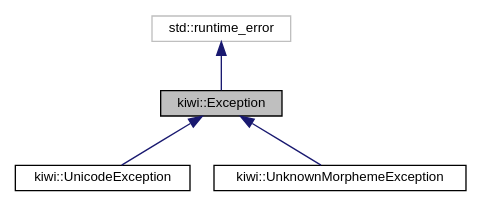
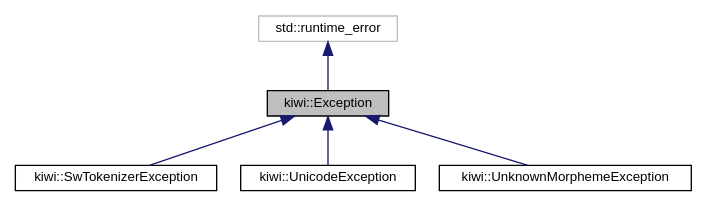
One commit to bab2min/Kiwi changed the diagram in classkiwi_1_1Exception__inherit__graph.dot. Above: the diagram before and after it, drawn with Graphviz. The commit also changed 104 other files, not shown here.

```diff
--- a/classkiwi_1_1Exception__inherit__graph.dot
+++ b/classkiwi_1_1Exception__inherit__graph.dot
@@ -1,13 +1,15 @@
 digraph "kiwi::Exception"
 {
  // LATEX_PDF_SIZE
   edge [fontname="Helvetica",fontsize="10",labelfontname="Helvetica",labelfontsize="10"];
   node [fontname="Helvetica",fontsize="10",shape=record];
   Node1 [label="kiwi::Exception",height=0.2,width=0.4,color="black", fillcolor="grey75", style="filled", fontcolor="black",tooltip=" "];
   Node2 -> Node1 [dir="back",color="midnightblue",fontsize="10",style="solid",fontname="Helvetica"];
   Node2 [label="std::runtime_error",height=0.2,width=0.4,color="grey75", fillcolor="white", style="filled",tooltip=" "];
   Node1 -> Node3 [dir="back",color="midnightblue",fontsize="10",style="solid",fontname="Helvetica"];
-  Node3 [label="kiwi::UnicodeException",height=0.2,width=0.4,color="black", fillcolor="white", style="filled",URL="$classkiwi_1_1UnicodeException.html",tooltip=" "];
+  Node3 [label="kiwi::SwTokenizerException",height=0.2,width=0.4,color="black", fillcolor="white", style="filled",URL="$classkiwi_1_1SwTokenizerException.html",tooltip=" "];
   Node1 -> Node4 [dir="back",color="midnightblue",fontsize="10",style="solid",fontname="Helvetica"];
-  Node4 [label="kiwi::UnknownMorphemeException",height=0.2,width=0.4,color="black", fillcolor="white", style="filled",URL="$classkiwi_1_1UnknownMorphemeException.html",tooltip=" "];
+  Node4 [label="kiwi::UnicodeException",height=0.2,width=0.4,color="black", fillcolor="white", style="filled",URL="$classkiwi_1_1UnicodeException.html",tooltip=" "];
+  Node1 -> Node5 [dir="back",color="midnightblue",fontsize="10",style="solid",fontname="Helvetica"];
+  Node5 [label="kiwi::UnknownMorphemeException",height=0.2,width=0.4,color="black", fillcolor="white", style="filled",URL="$classkiwi_1_1UnknownMorphemeException.html",tooltip=" "];
 }
```
